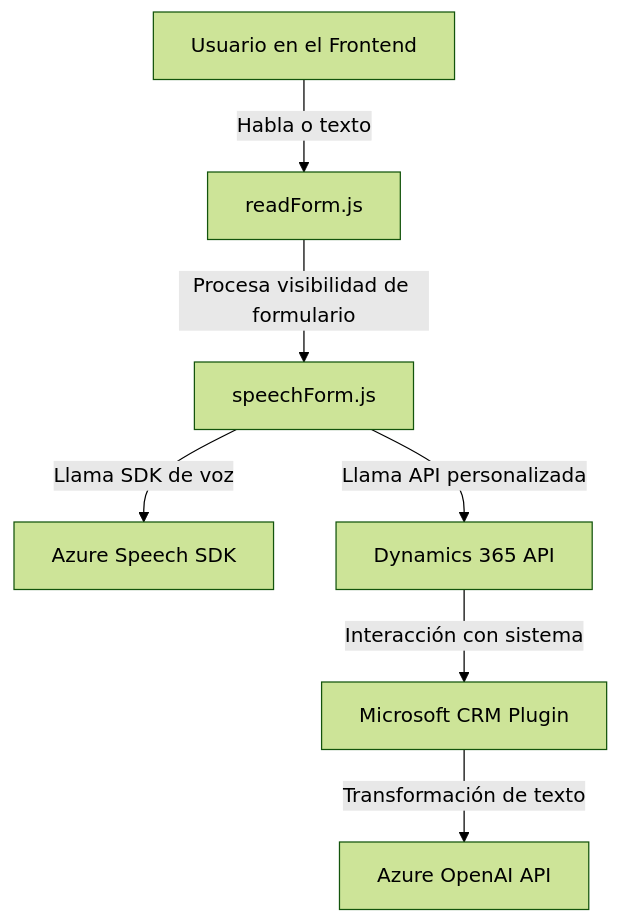
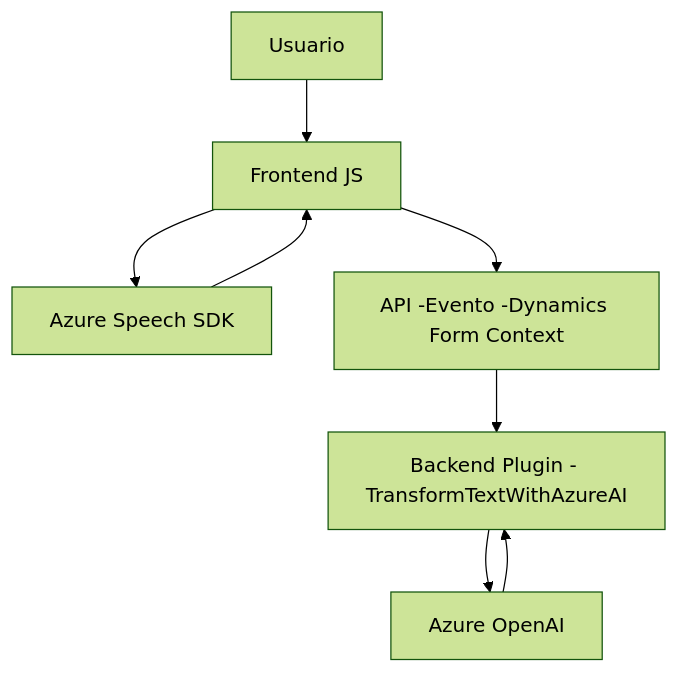
One commit to blopezdm/NETCORE_BILBAO2025 changed the diagram in README.md. Above: the diagram before and after it, drawn with Mermaid (forest theme). The commit also changed other lines of this file, not shown here.

Commit message:
Actualizar análisis global de la solución con IA

````diff
--- a/README.md
+++ b/README.md
@@ -51,9 +47,17 @@
 ```mermaid
 graph TD
-  A["Usuario en el Frontend"] -- Habla o texto --> B["readForm.js"]
-  B -- Procesa visibilidad de formulario --> C["speechForm.js"]
-  C -- Llama SDK de voz --> D["Azure Speech SDK"]
-  C -- Llama API personalizada --> E["Dynamics 365 API"]
-  E -- Interacción con sistema --> F["Microsoft CRM Plugin"]
-  F -- Transformación de texto --> G["Azure OpenAI API"]
+    A["Usuario"]
+    B["Frontend JS"]
+    C["Azure Speech SDK"]
+    D["API -Evento -Dynamics Form Context"]
+    E["Backend Plugin - TransformTextWithAzureAI"]
+    F["Azure OpenAI"]
+
+    A --> B
+    B --> C
+    C --> B
+    B --> D
+    D --> E
+    E --> F
+    F --> E
 ```
````
